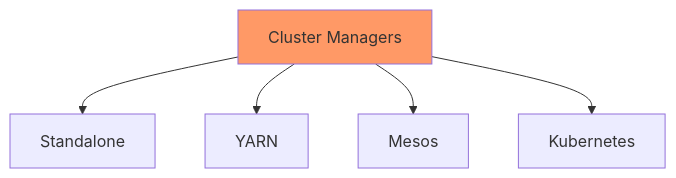
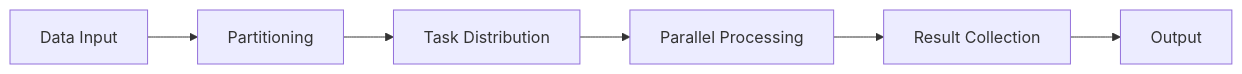
Before and after one commit to veltzer/teaching-slides: the diagram in mermaid/marp/courses/apache-spark-with-scala/01_introduction_to_spark.md/8.mmd, drawn with Mermaid. The commit also changed 27 other files, not shown here.

```diff
--- a/mermaid/marp/courses/apache-spark-with-scala/01_introduction_to_spark.md/8.mmd
+++ b/mermaid/marp/courses/apache-spark-with-scala/01_introduction_to_spark.md/8.mmd
@@ -1,6 +1,6 @@
-graph TB
-    A[Cluster Managers] --> B[Standalone]
-    A --> C[YARN]
-    A --> D[Mesos]
-    A --> E[Kubernetes]
-    style A fill:#f96
+flowchart LR
+    A[Data Input] --> B[Partitioning]
+    B --> C[Task Distribution]
+    C --> D[Parallel Processing]
+    D --> E[Result Collection]
+    E --> F[Output]
```
